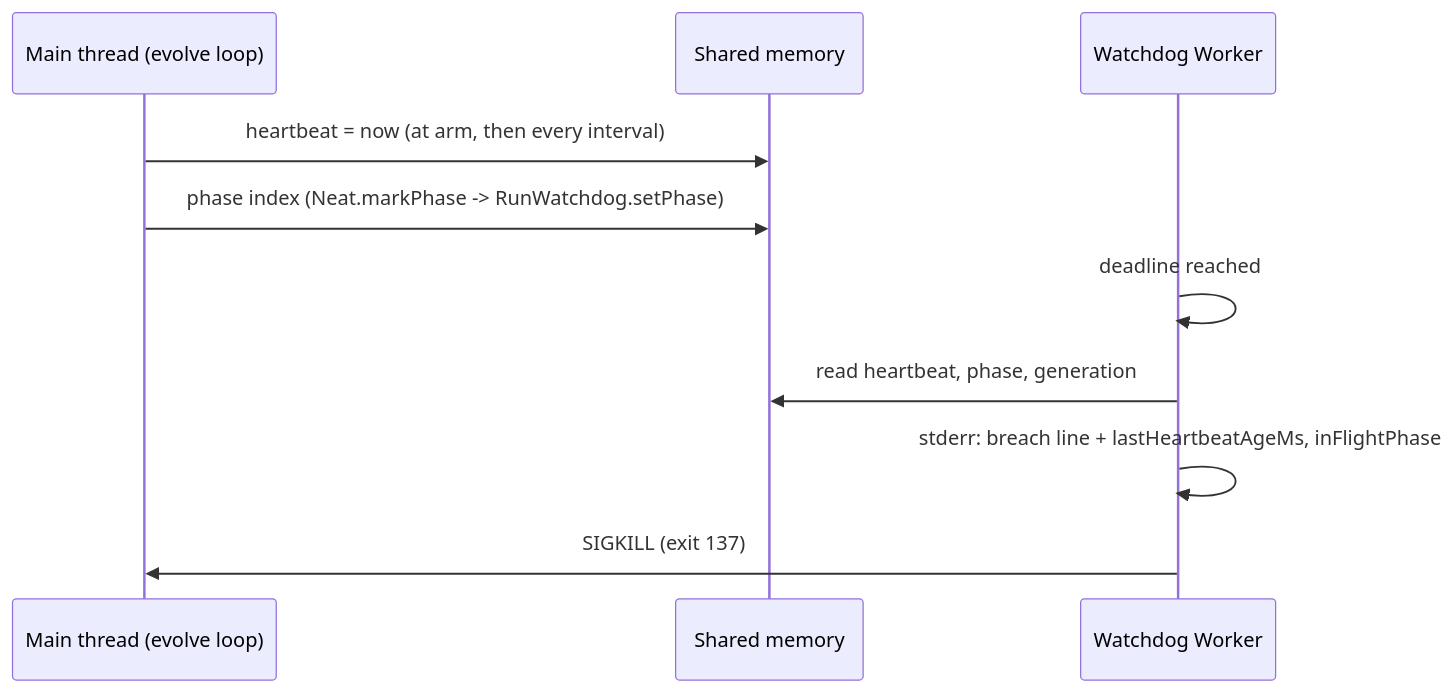
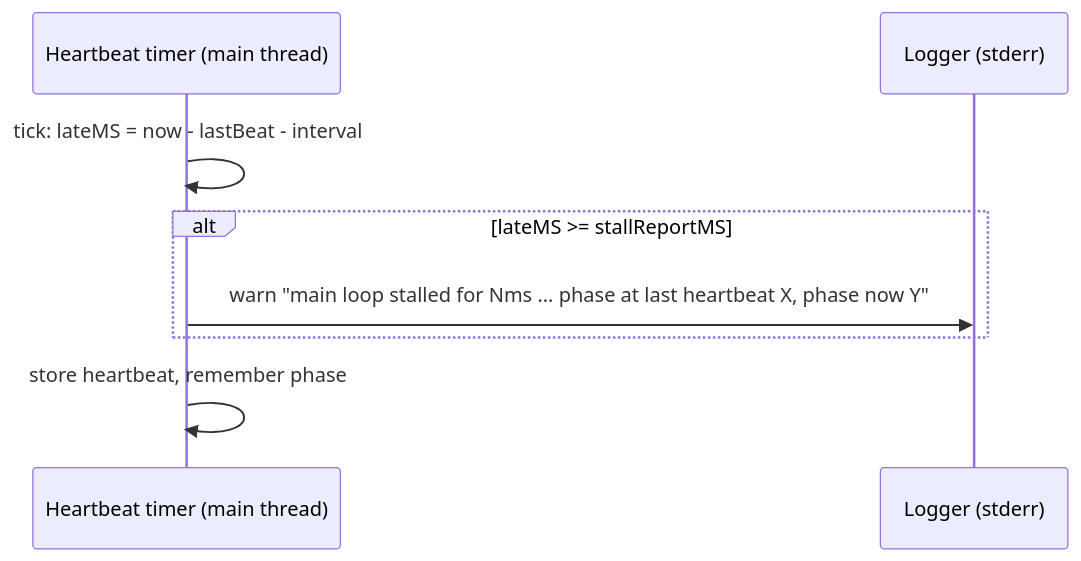
The diagram in docs/archive/pr-summaries/pr-summary-4096.md (stSoftwareAU/NEAT-AI), drawn with Mermaid before and after one commit. The commit also changed other lines of this file and 5 other files, not shown here.

First line of the commit message:
evolveDir main loop stalls in generation 11 past the T+15 cap on 7.0.62 (8 GB swap-backed host): SIGKILL loses 10 evolved generations, and the watchdog cannot say what blocked (Issue #4096) (#4136)

````diff
--- a/docs/archive/pr-summaries/pr-summary-4096.md
+++ b/docs/archive/pr-summaries/pr-summary-4096.md
@@ -70,12 +76,10 @@
 ```mermaid
 sequenceDiagram
-    participant M as Main thread (evolve loop)
-    participant S as Shared memory
-    participant W as Watchdog Worker
-    M->>S: heartbeat = now (at arm, then every interval)
-    M->>S: phase index (Neat.markPhase -> RunWatchdog.setPhase)
-    W->>W: deadline reached
-    W->>S: read heartbeat, phase, generation
-    W->>W: stderr: breach line + lastHeartbeatAgeMs, inFlightPhase
-    W->>M: SIGKILL (exit 137)
+    participant T as Heartbeat timer (main thread)
+    participant L as Logger (stderr)
+    T->>T: tick: lateMS = now - lastBeat - interval
+    alt lateMS >= stallReportMS
+        T->>L: warn "main loop stalled for Nms ... phase at last heartbeat X, phase now Y"
+    end
+    T->>T: store heartbeat, remember phase
 ```
````
